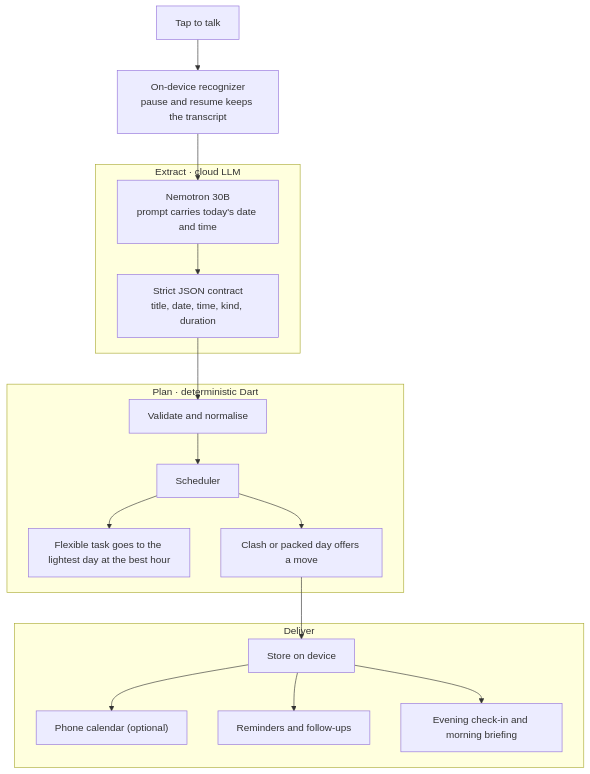
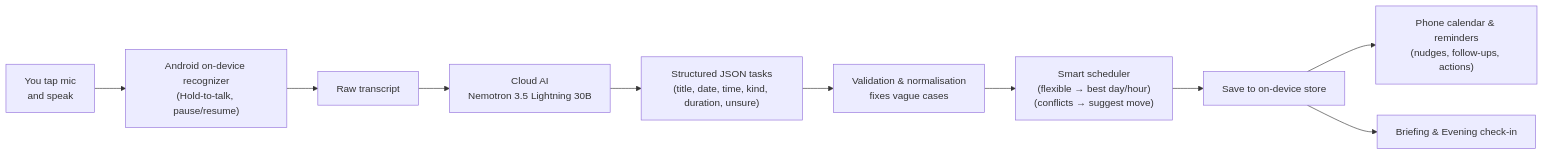
Before and after one commit to EngSenku/voice-tasks: the diagram in README.md, drawn with Mermaid. The commit also changed other lines of this file, not shown here.

First line of the commit message:
docs(readme): make How it works clearer with numbered steps and a simple diagram

````diff
--- a/README.md
+++ b/README.md
@@ -46,24 +46,12 @@
 ```mermaid
-flowchart TD
-  A["Tap to talk"] --> B["On-device recognizer<br/>pause and resume keeps the transcript"]
-
-  subgraph EXTRACT["Extract · cloud LLM"]
-    C["Nemotron 30B<br/>prompt carries today's date and time"] --> D["Strict JSON contract<br/>title, date, time, kind, duration"]
-  end
-
-  subgraph PLAN["Plan · deterministic Dart"]
-    E["Validate and normalise"] --> F["Scheduler"]
-    F --> G["Flexible task goes to the lightest day at the best hour"]
-    F --> H["Clash or packed day offers a move"]
-  end
-
-  subgraph DELIVER["Deliver"]
-    I["Store on device"] --> J["Phone calendar (optional)"]
-    I --> K["Reminders and follow-ups"]
-    I --> L["Evening check-in and morning briefing"]
-  end
-
-  B --> C
-  D --> E
-  H --> I
+flowchart LR
+  A["You tap mic\nand speak"] --> B["Android on-device recognizer\n(Hold-to-talk, pause/resume)"]
+  B --> C["Raw transcript"]
+  C --> D["Cloud AI\nNemotron 3.5 Lightning 30B"]
+  D --> E["Structured JSON tasks\n(title, date, time, kind, duration, unsure)"]
+  E --> F["Validation & normalisation\nfixes vague cases"]
+  F --> G["Smart scheduler\n(flexible → best day/hour)\n(conflicts → suggest move)"]
+  G --> H["Save to on-device store"]
+  H --> I["Phone calendar & reminders\n(nudges, follow-ups, actions)"]
+  H --> J["Briefing & Evening check-in"]
 ```
````
